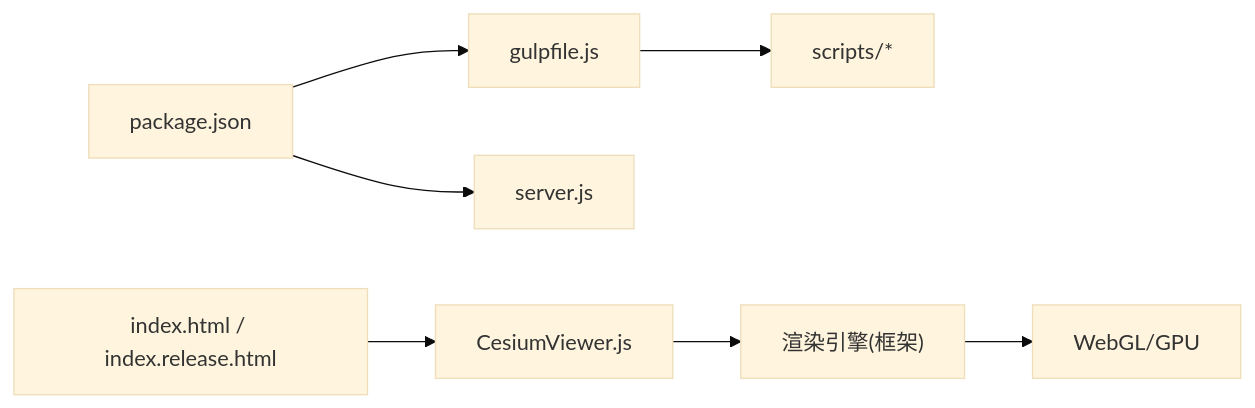
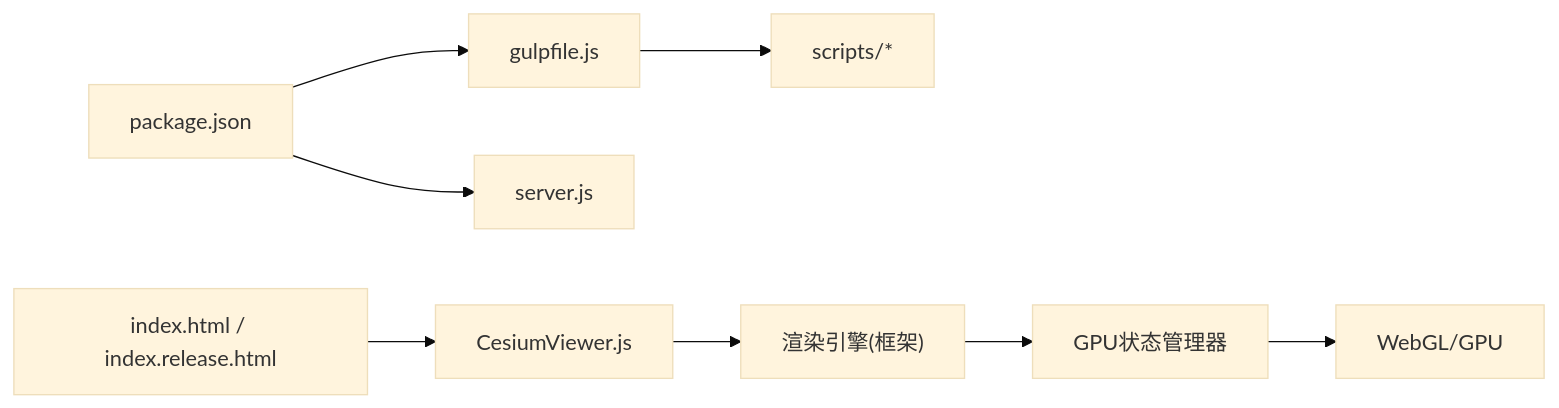
One commit to rzhangjing/cesium changed the fourth of 4 diagrams in .qoder/repowiki/zh/content/项目概述/核心特性/3D渲染引擎/3D渲染引擎.md. Above: the diagram before and after it, drawn with Mermaid (base theme). The commit also changed other lines of this file and 52 other files, not shown here.

````diff
--- a/.qoder/repowiki/zh/content/项目概述/核心特性/3D渲染引擎/3D渲染引擎.md
+++ b/.qoder/repowiki/zh/content/项目概述/核心特性/3D渲染引擎/3D渲染引擎.md
@@ -189,9 +274,10 @@
 ```mermaid
 graph LR
 Pkg["package.json"] --> Build["gulpfile.js"]
 Build --> Scripts["scripts/*"]
 Pkg --> Server["server.js"]
 Index["index.html / index.release.html"] --> Viewer["CesiumViewer.js"]
 Viewer --> Engine["渲染引擎(框架)"]
-Engine --> GPU["WebGL/GPU"]
+Engine --> StateMgr["GPU状态管理器"]
+StateMgr --> GPU["WebGL/GPU"]
 ```
````
